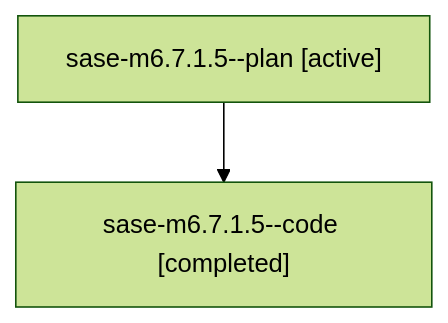
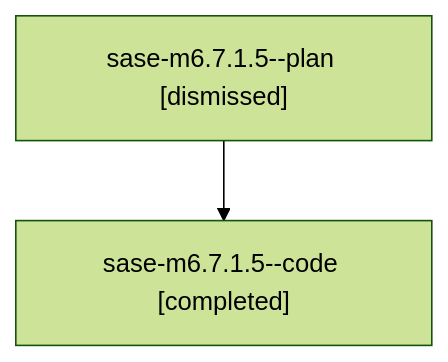
One commit to sase-org/sase--agents changed the diagram in sessions/bbugyi200.athena.sase-m6.7.1.5.md. Above: the diagram before and after it, drawn with Mermaid (forest theme). The commit also changed other lines of this file and 187 other files, not shown here.

````diff
--- a/sessions/bbugyi200.athena.sase-m6.7.1.5.md
+++ b/sessions/bbugyi200.athena.sase-m6.7.1.5.md
@@ -9,6 +9,6 @@
 ```mermaid
 flowchart TD
-  n0["sase-m6.7.1.5--plan [active]"]
+  n0["sase-m6.7.1.5--plan [dismissed]"]
   n1["sase-m6.7.1.5--code [completed]"]
   n0 --> n1
 ```
````
